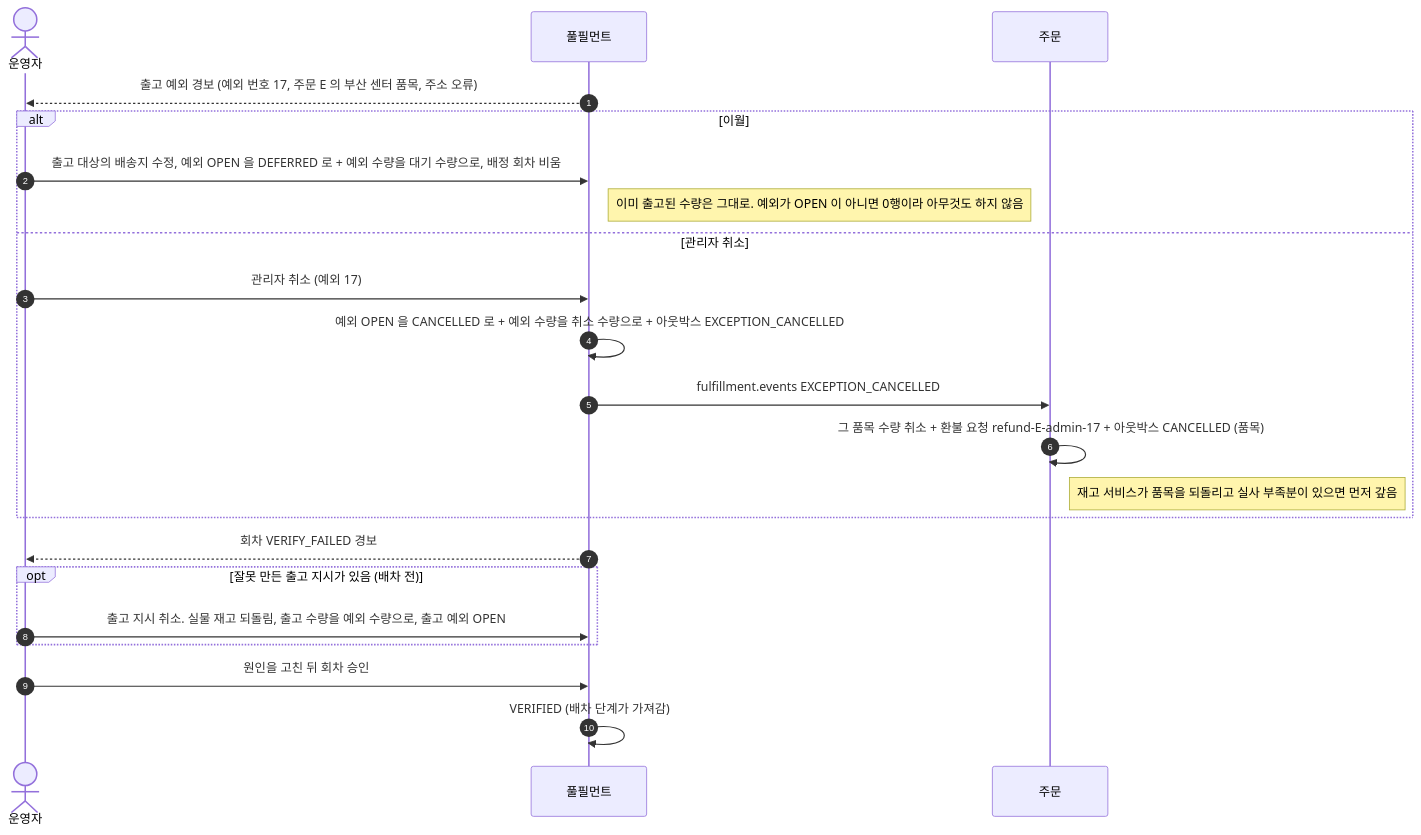
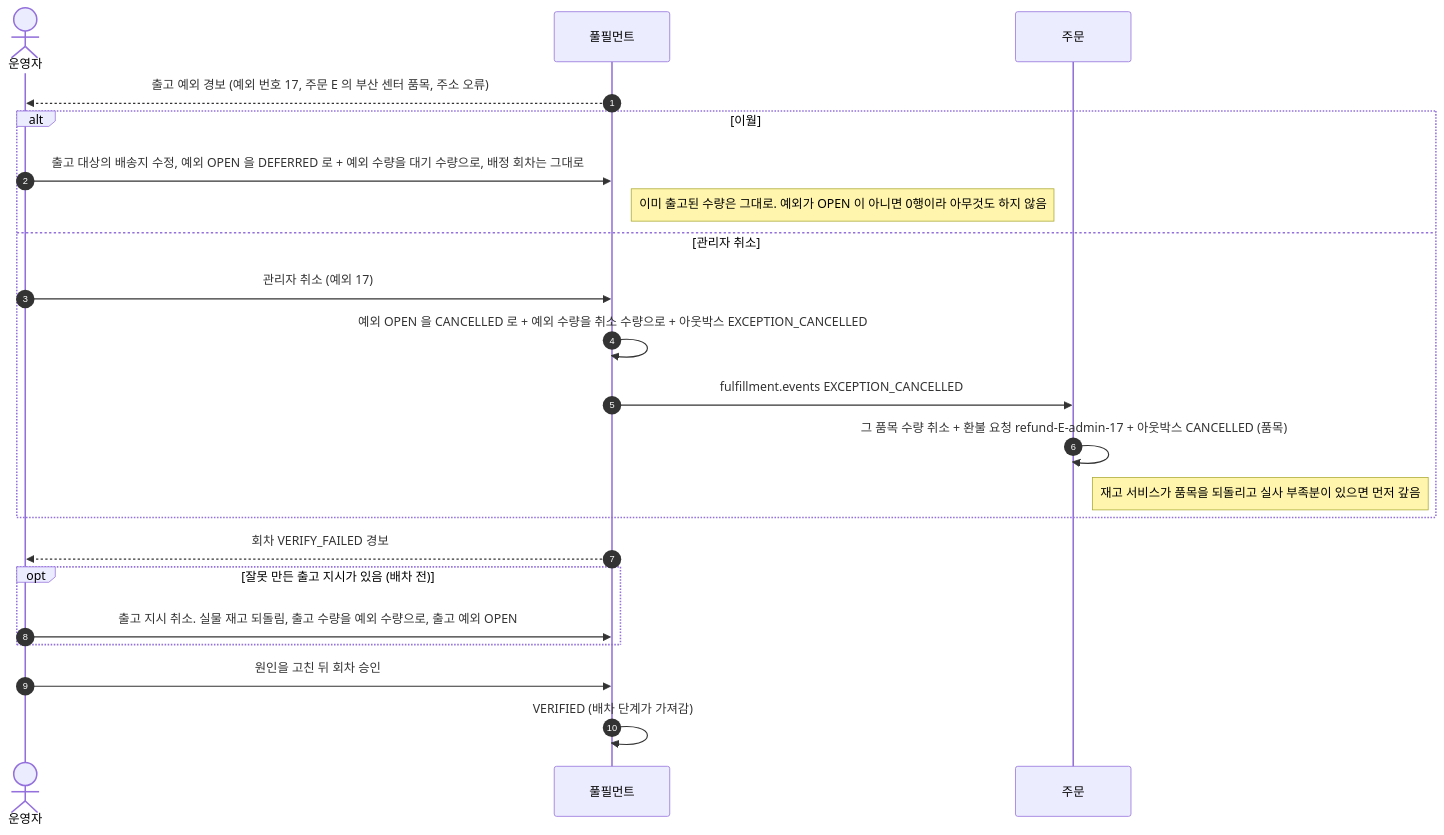
The sixth of 6 diagrams in docs/sequence/05-출고-배치.md (Bamdule/dawn-delivery-commerce), drawn with Mermaid before and after one commit. The commit also changed other lines of this file and 4 other files, not shown here.

````diff
--- a/docs/sequence/05-출고-배치.md
+++ b/docs/sequence/05-출고-배치.md
@@ -166,26 +171,26 @@
 ```mermaid
 sequenceDiagram
     autonumber
     actor 운영자
     participant 풀필먼트
     participant 주문
 
     풀필먼트-->>운영자: 출고 예외 경보 (예외 번호 17, 주문 E 의 부산 센터 품목, 주소 오류)
     alt 이월
-        운영자->>풀필먼트: 출고 대상의 배송지 수정, 예외 OPEN 을 DEFERRED 로 + 예외 수량을 대기 수량으로, 배정 회차 비움
+        운영자->>풀필먼트: 출고 대상의 배송지 수정, 예외 OPEN 을 DEFERRED 로 + 예외 수량을 대기 수량으로, 배정 회차는 그대로
         Note right of 풀필먼트: 이미 출고된 수량은 그대로. 예외가 OPEN 이 아니면 0행이라 아무것도 하지 않음
     else 관리자 취소
         운영자->>풀필먼트: 관리자 취소 (예외 17)
         풀필먼트->>풀필먼트: 예외 OPEN 을 CANCELLED 로 + 예외 수량을 취소 수량으로 + 아웃박스 EXCEPTION_CANCELLED
         풀필먼트->>주문: fulfillment.events EXCEPTION_CANCELLED
         주문->>주문: 그 품목 수량 취소 + 환불 요청 refund-E-admin-17 + 아웃박스 CANCELLED (품목)
         Note right of 주문: 재고 서비스가 품목을 되돌리고 실사 부족분이 있으면 먼저 갚음
     end
 
     풀필먼트-->>운영자: 회차 VERIFY_FAILED 경보
     opt 잘못 만든 출고 지시가 있음 (배차 전)
         운영자->>풀필먼트: 출고 지시 취소. 실물 재고 되돌림, 출고 수량을 예외 수량으로, 출고 예외 OPEN
     end
     운영자->>풀필먼트: 원인을 고친 뒤 회차 승인
     풀필먼트->>풀필먼트: VERIFIED (배차 단계가 가져감)
 ```
````
